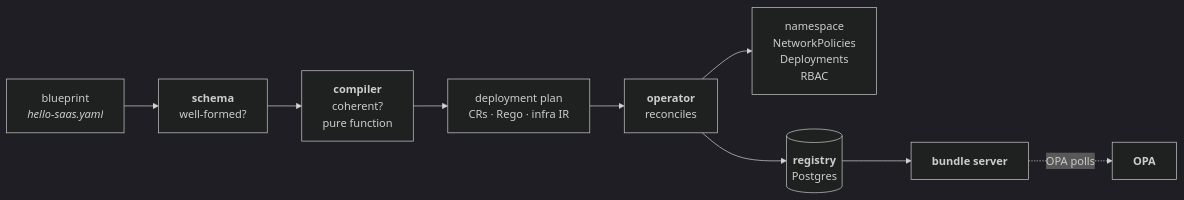
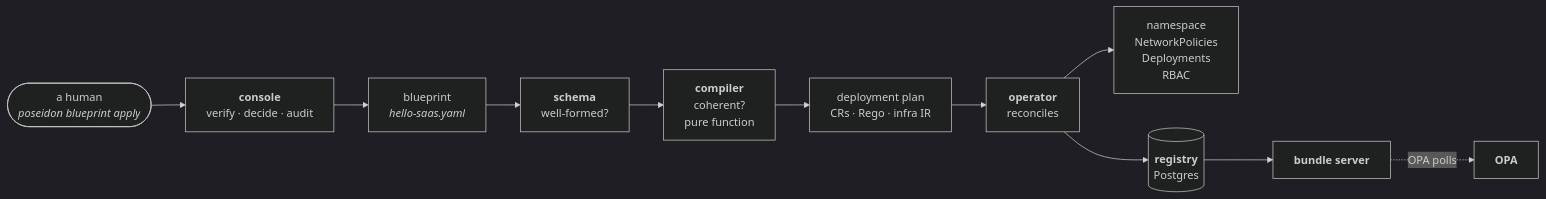
The first of 2 diagrams in docs/reference/architecture.md (mathbrus/poseidon-prototype), drawn with Mermaid (dark theme) before and after one commit. The commit also changed other lines of this file and 32 other files, not shown here.

````diff
--- a/docs/reference/architecture.md
+++ b/docs/reference/architecture.md
@@ -8,11 +8,13 @@
 ```mermaid
 flowchart LR
-    BP["blueprint<br/><i>hello-saas.yaml</i>"] --> SCH["<b>schema</b><br/>well-formed?"]
+    H(["a human<br/><i>poseidon blueprint apply</i>"]) --> CON["<b>console</b><br/>verify · decide · audit"]
+    CON --> BP["blueprint<br/><i>hello-saas.yaml</i>"]
+    BP --> SCH["<b>schema</b><br/>well-formed?"]
     SCH --> CMP["<b>compiler</b><br/>coherent?<br/>pure function"]
     CMP --> PLAN["deployment plan<br/>CRs · Rego · infra IR"]
     PLAN --> OP["<b>operator</b><br/>reconciles"]
     OP --> NS["namespace<br/>NetworkPolicies<br/>Deployments<br/>RBAC"]
     OP --> REG[("<b>registry</b><br/>Postgres")]
     REG --> BS["<b>bundle server</b>"]
     BS -.OPA polls.-> OPA["<b>OPA</b>"]
 ```
````
